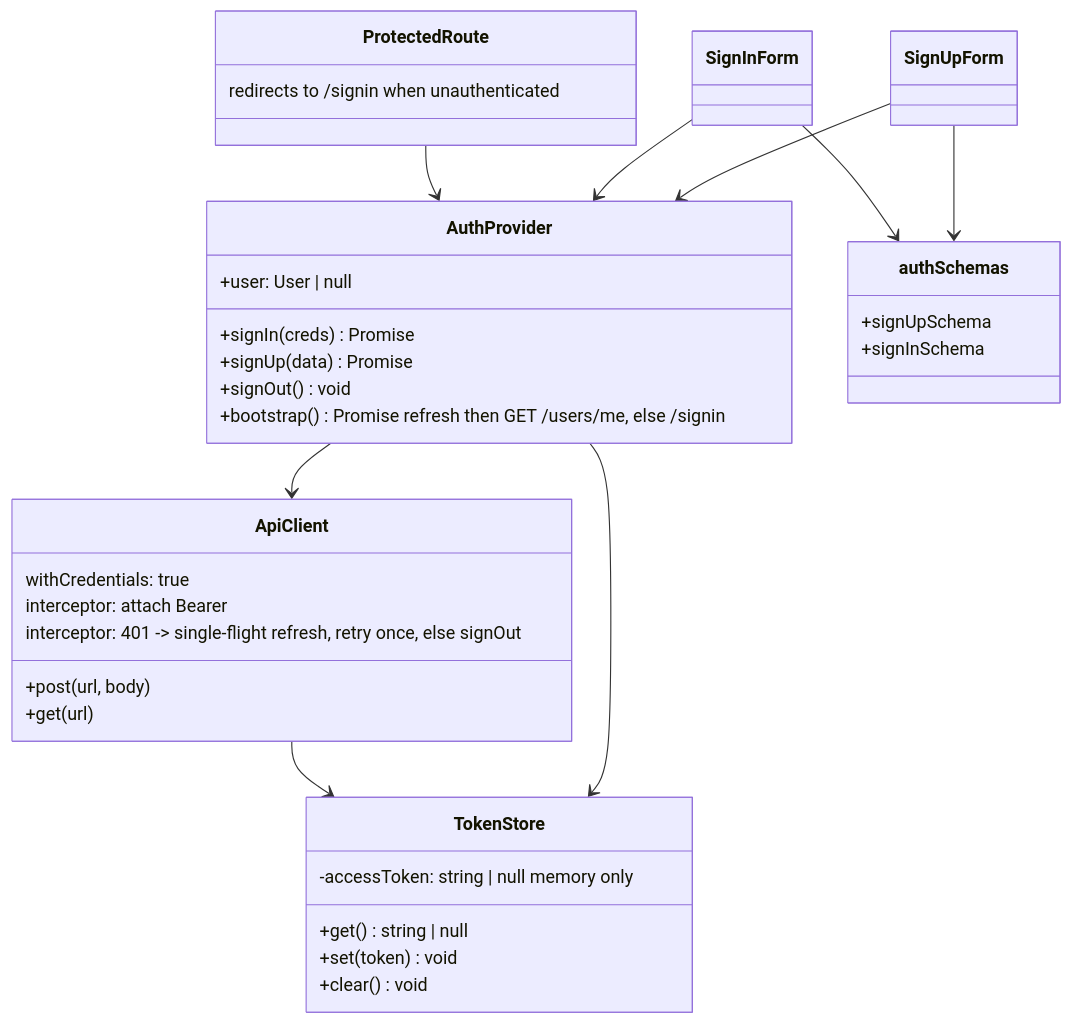
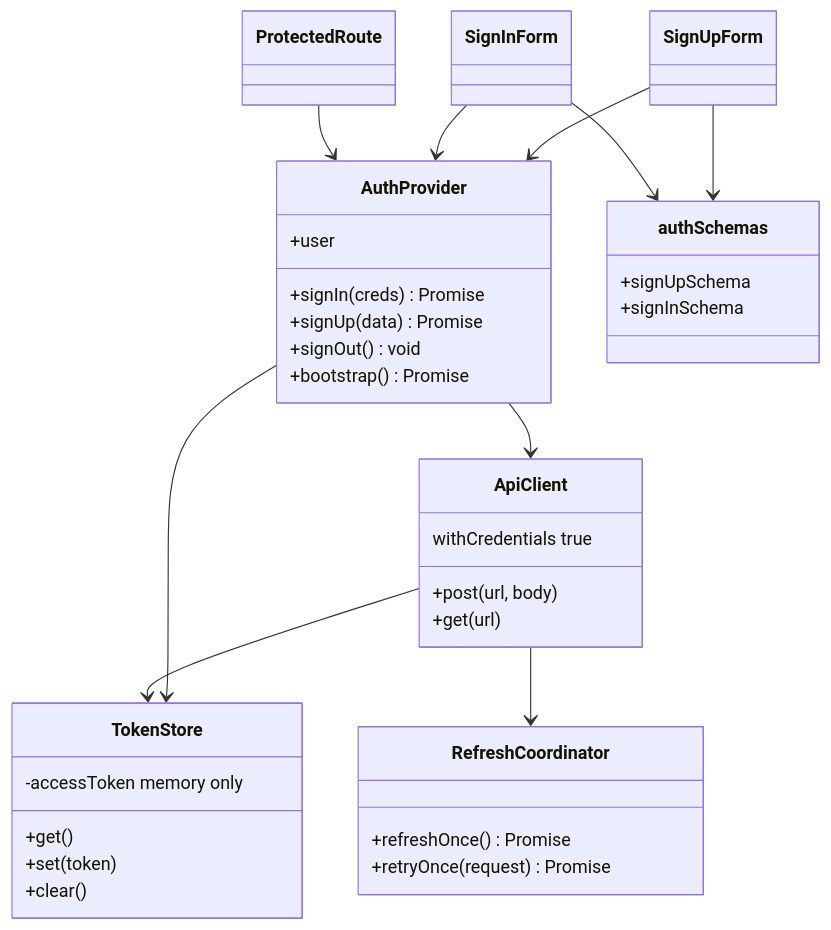
One commit to Rowan-habashy/easyGenerator-auth changed the second of 2 diagrams in docs/architecture/c4-code.md. Above: the diagram before and after it, drawn with Mermaid. The commit also changed other lines of this file and 3 other files, not shown here.

Commit message:
Update on design architecture

````diff
--- a/docs/architecture/c4-code.md
+++ b/docs/architecture/c4-code.md
@@ -93,38 +143,39 @@
 ```mermaid
 classDiagram
     class AuthProvider {
-        +user: User | null
+        +user
         +signIn(creds) Promise
         +signUp(data) Promise
         +signOut() void
-        +bootstrap() Promise  refresh then GET /users/me, else /signin
+        +bootstrap() Promise
     }
     class TokenStore {
-        -accessToken: string | null  memory only
-        +get() string | null
-        +set(token) void
-        +clear() void
+        -accessToken  memory only
+        +get()
+        +set(token)
+        +clear()
     }
     class ApiClient {
         +post(url, body)
         +get(url)
-        withCredentials: true
-        interceptor: attach Bearer
-        interceptor: 401 -> single-flight refresh, retry once, else signOut
+        withCredentials true
+    }
+    class RefreshCoordinator {
+        +refreshOnce() Promise
+        +retryOnce(request) Promise
     }
     class authSchemas {
         +signUpSchema
         +signInSchema
     }
-    class ProtectedRoute {
-        redirects to /signin when unauthenticated
-    }
+    class ProtectedRoute
     AuthProvider --> ApiClient
     AuthProvider --> TokenStore
     ApiClient --> TokenStore
+    ApiClient --> RefreshCoordinator
     SignUpForm --> authSchemas
     SignInForm --> authSchemas
     SignUpForm --> AuthProvider
     SignInForm --> AuthProvider
     ProtectedRoute --> AuthProvider
 ```
````
